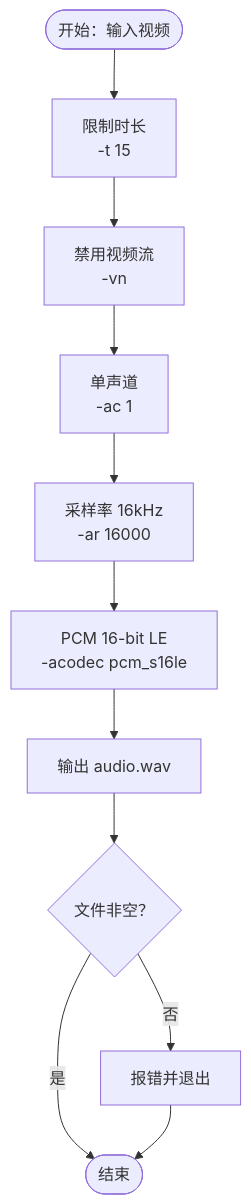
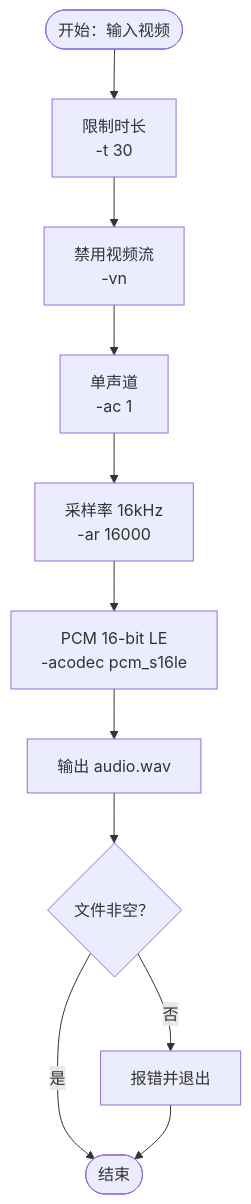
Before and after one commit to WongMingJiu/landingpage-test-hero-page: the fourth of 8 diagrams in .qoder/repowiki/zh/content/核心模块详解/视频处理模块.md, drawn with Mermaid. The commit also changed other lines of this file and 6 other files, not shown here.

````diff
--- a/.qoder/repowiki/zh/content/核心模块详解/视频处理模块.md
+++ b/.qoder/repowiki/zh/content/核心模块详解/视频处理模块.md
@@ -165,13 +173,13 @@
 ```mermaid
 flowchart TD
-S(["开始：输入视频"]) --> Limit["限制时长<br/>-t 15"]
+S(["开始：输入视频"]) --> Limit["限制时长<br/>-t 30"]
 Limit --> DisableV["禁用视频流<br/>-vn"]
 DisableV --> Mono["单声道<br/>-ac 1"]
 Mono --> Rate["采样率 16kHz<br/>-ar 16000"]
 Rate --> Codec["PCM 16-bit LE<br/>-acodec pcm_s16le"]
 Codec --> Out["输出 audio.wav"]
 Out --> Check{"文件非空？"}
 Check --> |否| Err["报错并退出"]
 Check --> |是| Done(["结束"])
 Err --> Done
 ```
````
